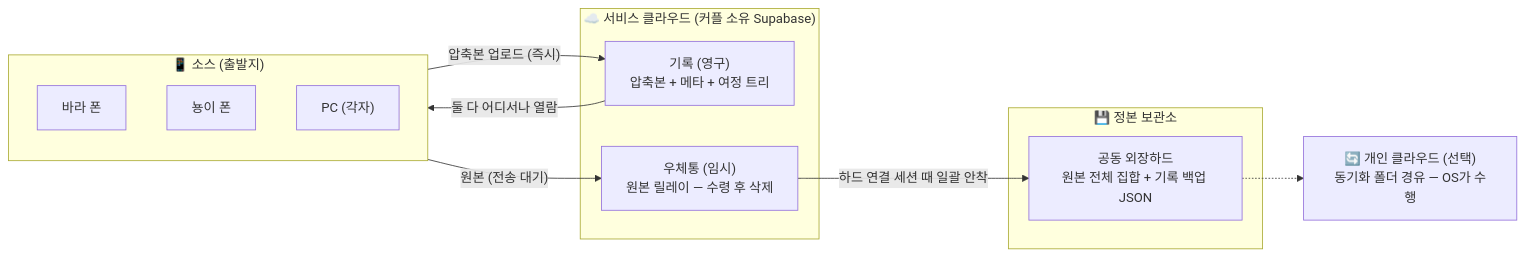
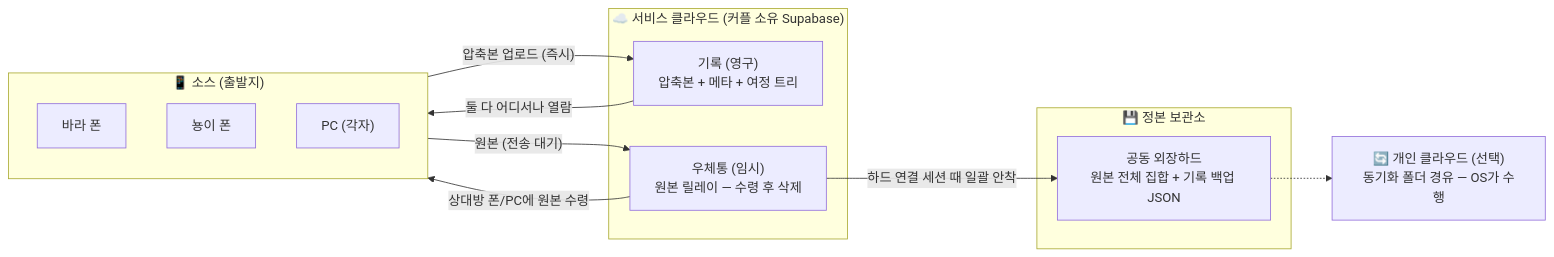
Before and after one commit to wisroo/HeartPin: the diagram in docs/ROADMAP.md, drawn with Mermaid. The commit also changed other lines of this file, not shown here.

Commit message:
docs: update roadmap for original transfer flow

````diff
--- a/docs/ROADMAP.md
+++ b/docs/ROADMAP.md
@@ -58,22 +61,23 @@
 ```mermaid
 flowchart LR
     subgraph SRC["📱 소스 (출발지)"]
         BP["바라 폰"]
         NP["뇽이 폰"]
         PC["PC (각자)"]
     end
     subgraph CLOUD["☁️ 서비스 클라우드 (커플 소유 Supabase)"]
         REC["기록 (영구)<br/>압축본 + 메타 + 여정 트리"]
         POST["우체통 (임시)<br/>원본 릴레이 — 수령 후 삭제"]
     end
     subgraph VAULT["💾 정본 보관소"]
         HDD["공동 외장하드<br/>원본 전체 집합 + 기록 백업 JSON"]
     end
     PCLOUD["🔄 개인 클라우드 (선택)<br/>동기화 폴더 경유 — OS가 수행"]
 
     SRC -- "압축본 업로드 (즉시)" --> REC
     SRC -- "원본 (전송 대기)" --> POST
+    POST -- "상대방 폰/PC에 원본 수령" --> SRC
     POST -- "하드 연결 세션 때 일괄 안착" --> HDD
     HDD -.-> PCLOUD
     REC -- "둘 다 어디서나 열람" --> SRC
 ```
````
